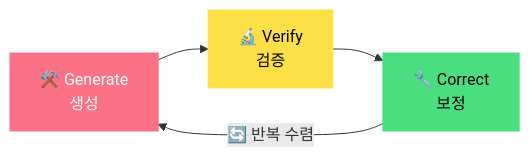
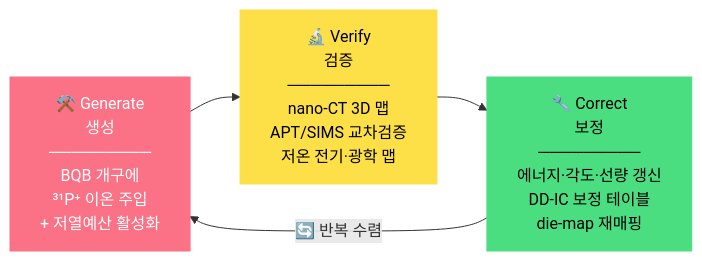
Before and after one commit to lee6147/Quantum_BQB: diagram 11 of 14 in Proficiency Levels/Intermediate Level/README.md, drawn with Mermaid. The commit also changed other lines of this file, not shown here.

````diff
--- a/Proficiency Levels/Intermediate Level/README.md
+++ b/Proficiency Levels/Intermediate Level/README.md
@@ -341,10 +668,10 @@
 ```mermaid
 graph LR
-    G["⚒️ Generate<br/>생성"] --> V["🔬 Verify<br/>검증"]
-    V --> C["🔧 Correct<br/>보정"]
+    G["⚒️ Generate<br/>생성<br/>─────────<br/>BQB 개구에<br/>³¹P⁺ 이온 주입<br/>+ 저열예산 활성화"] --> V["🔬 Verify<br/>검증<br/>─────────<br/>nano-CT 3D 맵<br/>APT/SIMS 교차검증<br/>저온 전기·광학 맵"]
+    V --> C["🔧 Correct<br/>보정<br/>─────────<br/>에너지·각도·선량 갱신<br/>DD-IC 보정 테이블<br/>die-map 재매핑"]
     C -->|"🔄 반복 수렴"| G
 
     style G fill:#fb7185,stroke:#fb7185,color:#fff
     style V fill:#fde047,stroke:#fde047,color:#000
     style C fill:#4ade80,stroke:#4ade80,color:#000
 ```
````
